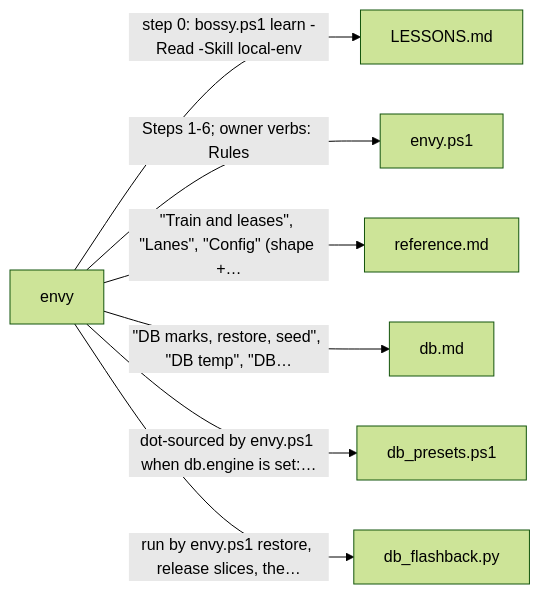
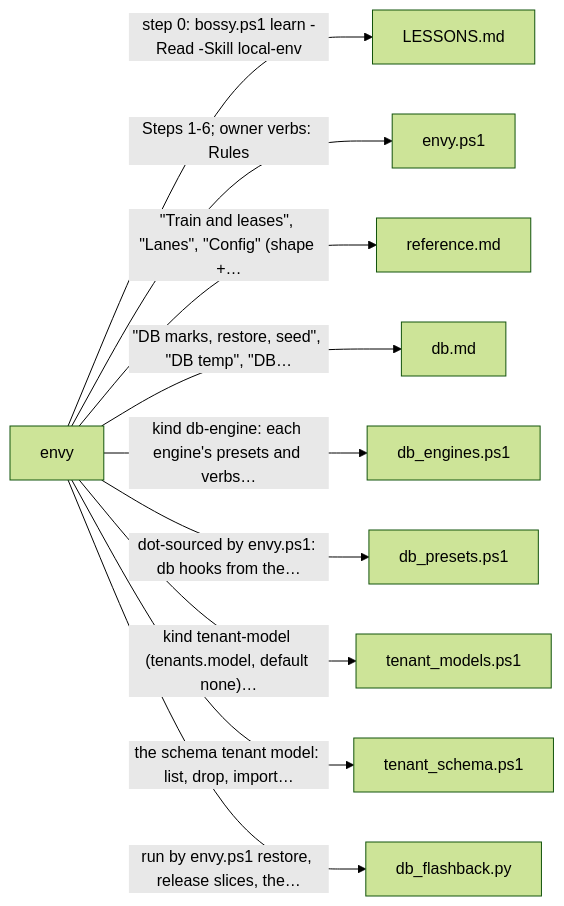
The sixth of 7 diagrams in README.md (prskid1000/claude-crew), drawn with Mermaid (forest theme) before and after one commit. The commit also changed other lines of this file and 16 other files, not shown here.

First line of the commit message:
feat(envy): db engine, tenant model, migration, envy-verb adapters

````diff
--- a/README.md
+++ b/README.md
@@ -488,10 +488,13 @@
 ```mermaid
 flowchart LR
   skills_envy_SKILL_md["envy"]
   skills_envy_SKILL_md -->|"step 0: bossy.ps1 learn -Read -Skill local-env"| LESSONS_md["LESSONS.md"]
   skills_envy_SKILL_md -->|"Steps 1-6; owner verbs: Rules"| skills_envy_envy_ps1["envy.ps1"]
   skills_envy_SKILL_md -->|"#quot;Train and leases#quot;, #quot;Lanes#quot;, #quot;Config#quot; (shape +…"| skills_envy_reference_md["reference.md"]
   skills_envy_SKILL_md -->|"#quot;DB marks, restore, seed#quot;, #quot;DB temp#quot;, #quot;DB…"| skills_envy_db_md["db.md"]
-  skills_envy_SKILL_md -->|"dot-sourced by envy.ps1 when db.engine is set:…"| skills_envy_adapters_db_presets_ps1["db_presets.ps1"]
+  skills_envy_SKILL_md -->|"kind db-engine: each engine's presets and verbs…"| skills_envy_adapters_db_engines_ps1["db_engines.ps1"]
+  skills_envy_SKILL_md -->|"dot-sourced by envy.ps1: db hooks from the…"| skills_envy_adapters_db_presets_ps1["db_presets.ps1"]
+  skills_envy_SKILL_md -->|"kind tenant-model (tenants.model, default none)…"| skills_envy_adapters_tenant_models_ps1["tenant_models.ps1"]
+  skills_envy_SKILL_md -->|"the schema tenant model: list, drop, import…"| skills_envy_adapters_tenant_schema_ps1["tenant_schema.ps1"]
   skills_envy_SKILL_md -->|"run by envy.ps1 restore, release slices, the…"| skills_envy_adapters_db_flashback_py["db_flashback.py"]
 ```
````
